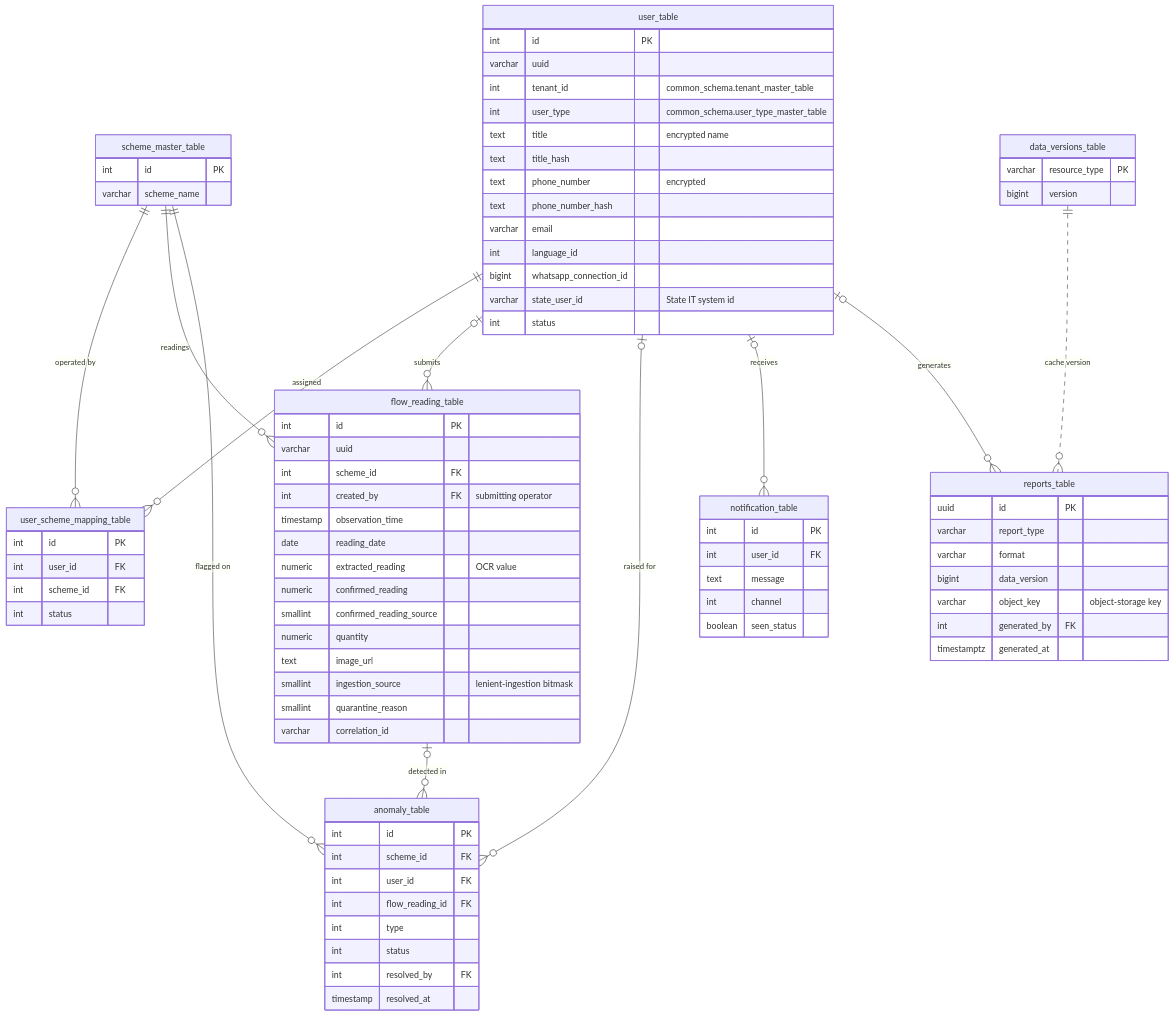
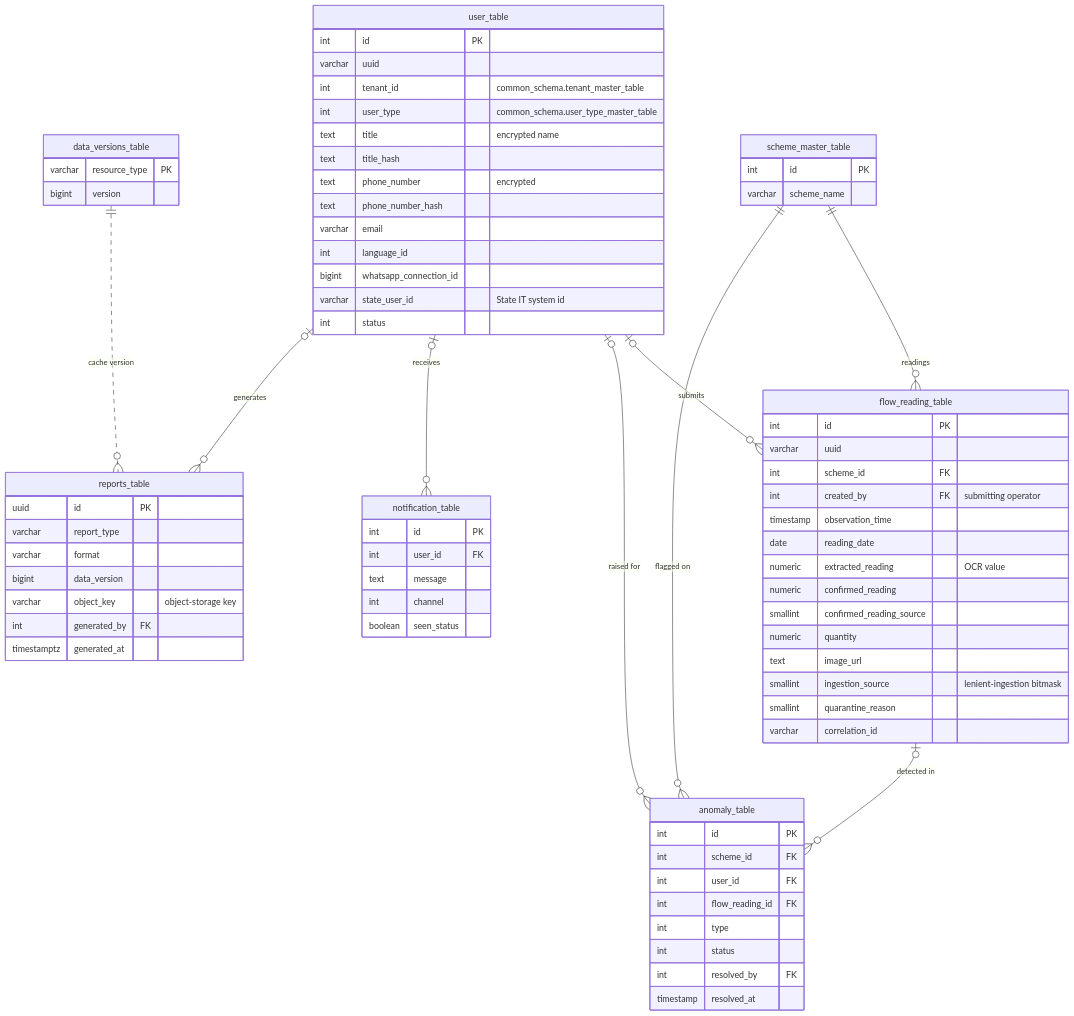
Before and after one commit to arghyam/JalSoochak: the fourth of 8 diagrams in gitbook/database-er-diagram.md, drawn with Mermaid. The commit also changed other lines of this file, not shown here.

First line of the commit message:
Fix ER diagrams that GitBook's Mermaid renders badly

```diff
--- a/gitbook/database-er-diagram.md
+++ b/gitbook/database-er-diagram.md
@@ -200,12 +210,6 @@
     scheme_master_table {
         int id PK
         varchar scheme_name
-    }
-    user_scheme_mapping_table {
-        int id PK
-        int user_id FK
-        int scheme_id FK
-        int status
     }
     user_table {
         int id PK
@@ -269,8 +273,6 @@
         bigint version
     }
 
-    scheme_master_table ||--o{ user_scheme_mapping_table : "operated by"
-    user_table ||--o{ user_scheme_mapping_table : "assigned"
     user_table |o--o{ flow_reading_table : "submits"
     scheme_master_table ||--o{ flow_reading_table : "readings"
     flow_reading_table |o--o{ anomaly_table : "detected in"
```
